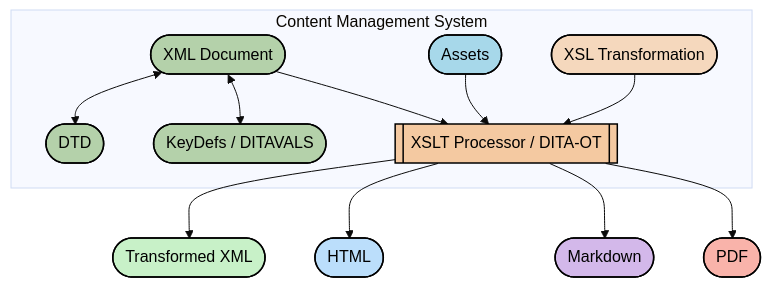
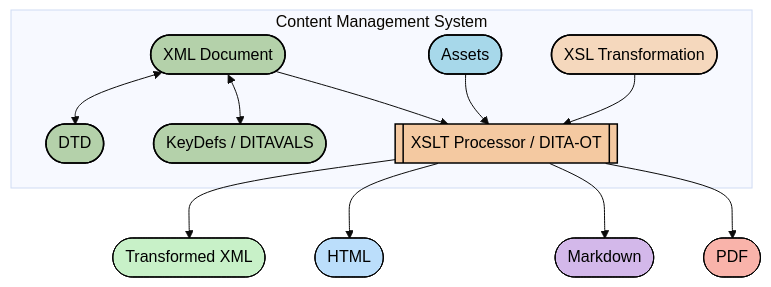
One commit to veera-linga/blogs changed the diagram in all-about-xml.md. Above: the diagram before and after it, drawn with Mermaid.

Commit message:
mermaid change

```diff
--- a/all-about-xml.md
+++ b/all-about-xml.md
@@ -12,44 +12,44 @@
 <div class="mermaid">
 %%{init: {'theme':'base', 'flowchart': {'layout': 'elk'}}}%%
-graph TD
+flowchart TD
 
-  %% UML-aligned CMS boundary
+  %% CMS boundary
   subgraph CMS ["Content Management System"]
     XML(["XML Document"]):::artifact
     DTD(["DTD"]):::artifact
     VARIABLES(["KeyDefs / DITAVALS"]):::artifact
     Assets(["Assets"]):::asset
     XSLT(["XSL Transformation"]):::activity
     Processor[["XSLT Processor / DITA-OT"]]:::component
   end
 
-  %% Outputs
-  OutputXML(["Transformed XML"]):::artifact
-  HTML(["HTML"]):::artifact
-  MD(["Markdown"]):::artifact
-  PDF(["PDF"]):::artifact
+  %% Outputs boundary
+    OutputXML(["Transformed XML"]):::outputxml
+    HTML(["HTML"]):::html
+    MD(["Markdown"]):::md
+    PDF(["PDF"]):::pdf
 
   %% Relations
   XML <--> DTD
   XML <--> VARIABLES
   XML --> Processor
   Assets --> Processor
   XSLT --> Processor
 
   Processor --> OutputXML
   Processor --> HTML
   Processor --> MD
   Processor --> PDF
 
   %% STYLES
-  classDef artifact fill: #b4d1aa,stroke: #000000,stroke-width:1.5px,color: #000,rx:5,ry:5
-  classDef component fill: #f4c9a1,stroke: #000000,stroke-width:1.5px,color: #000,rx:3,ry:3
-  classDef activity fill: #f5d8bd,stroke: #000000,stroke-width:1.5px,color: #000,rx:15,ry:15
-  classDef asset fill: #a7d8eaff,stroke: #000000,stroke-width:1.5px,color: #000,rx:5,ry:5
+  classDef artifact fill: #b4d1aa,stroke: #000,stroke-width:1.5px,color: #000,rx:6,ry:6
+  classDef component fill: #f4c9a1,stroke: #000,stroke-width:1.5px,color: #000,rx:6,ry:6
+  classDef activity fill: #f5d8bd,stroke: #000,stroke-width:1.5px,color: #000,rx:6,ry:6
+  classDef asset fill: #a7d8ea,stroke: #000,stroke-width:1.5px,color: #000,rx:6,ry:6
 
   %% Outputs with distinct shades
-  style OutputXML fill: #c8f1c8,stroke: #000000,color: #000,rx:5,ry:5
-  style HTML fill: #bbdefb,stroke: #000000,color: #000,rx:5,ry:5
-  style PDF fill: #f9b3aa,stroke: #000000,color: #000,rx:5,ry:5
-  style MD fill: #d3b8ea,stroke: #000000,color: #000,rx:5,ry:5
+  classDef outputxml fill: #c8f1c8,stroke: #000,color: #000,rx:6,ry:6
+  classDef html fill: #bbdefb,stroke: #000,color: #000,rx:6,ry:6
+  classDef pdf fill: #f9b3aa,stroke: #000,color: #000,rx:6,ry:6
+  classDef md fill: #d3b8ea,stroke: #000,color: #000,rx:6,ry:6
 </div>
```
